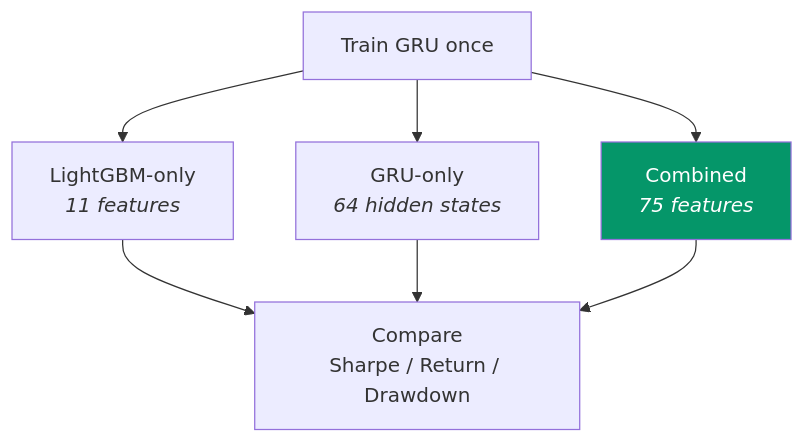
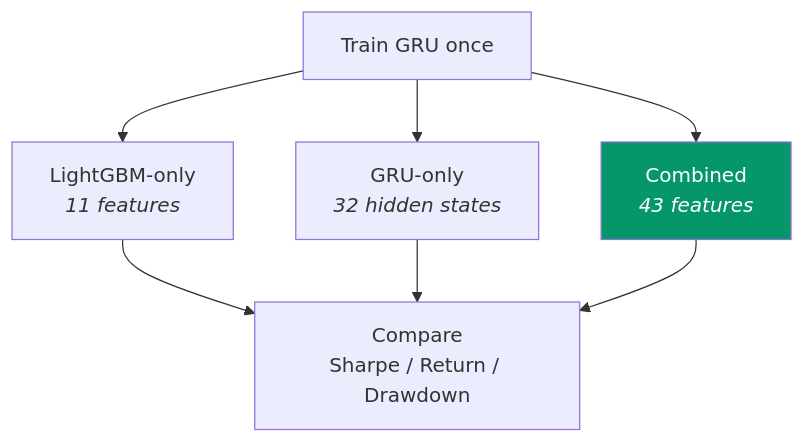
One commit to ultimateBroK/thesis-hybrid-stacking changed the third of 3 diagrams in docs/QUICKSTART.md. Above: the diagram before and after it, drawn with Mermaid. The commit also changed 25 other files, not shown here.

````diff
--- a/docs/QUICKSTART.md
+++ b/docs/QUICKSTART.md
@@ -161,11 +161,11 @@
 ```mermaid
 flowchart TD
     A["Train GRU once"] --> B["LightGBM-only<br/><i>11 features</i>"]
-    A --> C["GRU-only<br/><i>64 hidden states</i>"]
-    A --> D["Combined<br/><i>75 features</i>"]
+    A --> C["GRU-only<br/><i>32 hidden states</i>"]
+    A --> D["Combined<br/><i>43 features</i>"]
     B --> E["Compare<br/>Sharpe / Return / Drawdown"]
     C --> E
     D --> E
 
     style D fill:#059669,color:#fff
 ```
````
